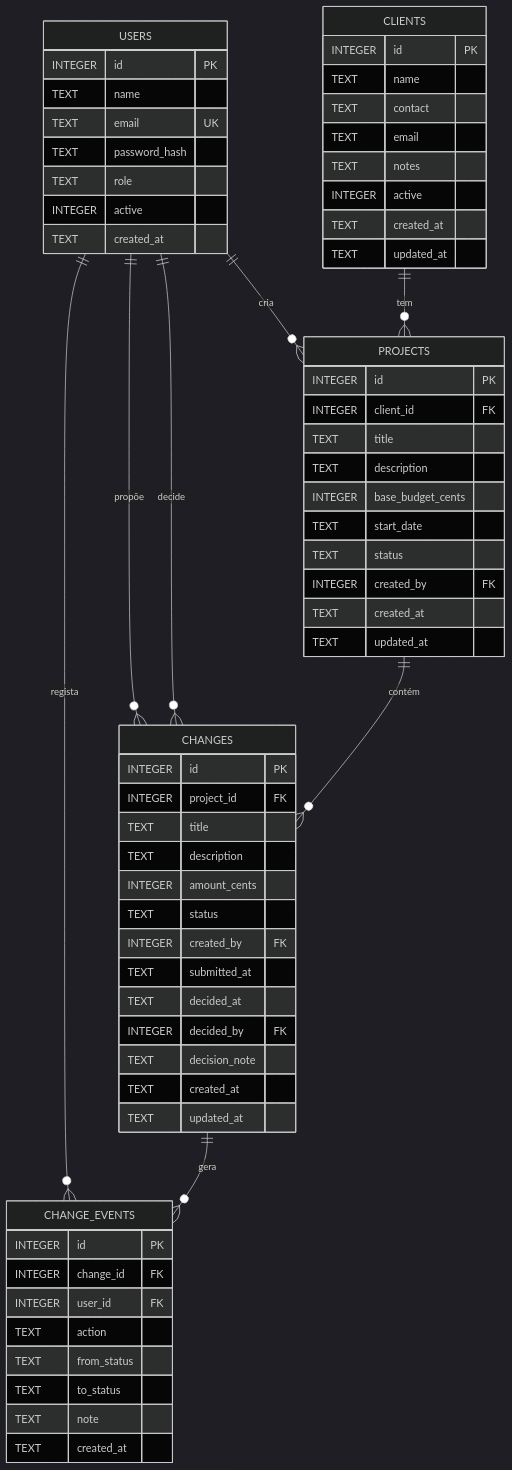
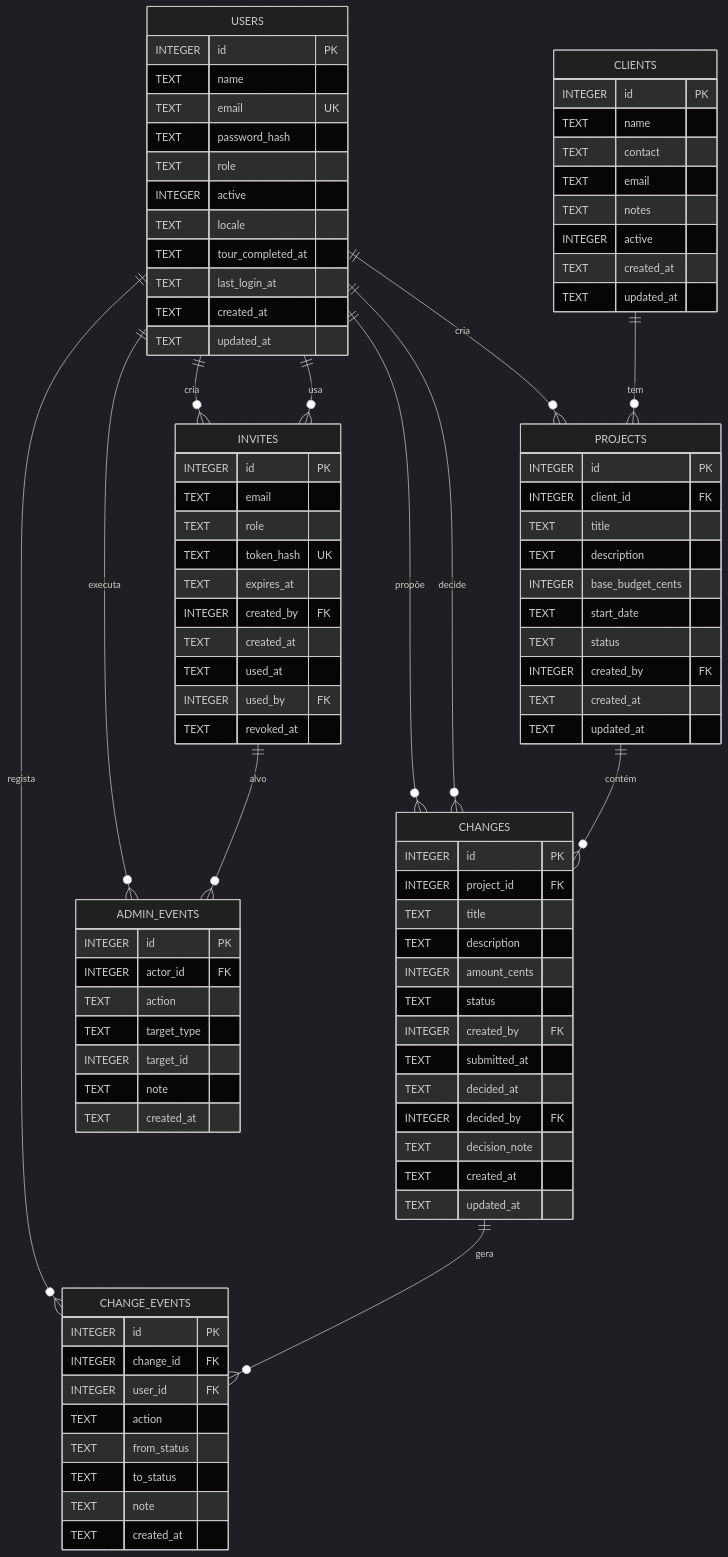
Before and after one commit to Sashix09r/ObraClara: the diagram in docs/10_MODELO_RELACIONAL.md, drawn with Mermaid (dark theme). The commit also changed other lines of this file and 86 other files, not shown here.

````diff
--- a/docs/10_MODELO_RELACIONAL.md
+++ b/docs/10_MODELO_RELACIONAL.md
@@ -12,9 +12,13 @@
     USERS ||--o{ CHANGES : "propõe"
     USERS ||--o{ CHANGES : "decide"
     USERS ||--o{ CHANGE_EVENTS : "regista"
+    USERS ||--o{ INVITES : "cria"
+    USERS ||--o{ ADMIN_EVENTS : "executa"
+    USERS ||--o{ INVITES : "usa"
     CLIENTS ||--o{ PROJECTS : "tem"
     PROJECTS ||--o{ CHANGES : "contém"
     CHANGES ||--o{ CHANGE_EVENTS : "gera"
+    INVITES ||--o{ ADMIN_EVENTS : "alvo"
 
     USERS {
         INTEGER id PK
@@ -23,7 +27,11 @@
         TEXT password_hash
         TEXT role
         INTEGER active
+        TEXT locale
+        TEXT tour_completed_at
+        TEXT last_login_at
         TEXT created_at
+        TEXT updated_at
     }
     CLIENTS {
         INTEGER id PK
@@ -72,4 +80,25 @@
         TEXT note
         TEXT created_at
     }
+    INVITES {
+        INTEGER id PK
+        TEXT email
+        TEXT role
+        TEXT token_hash UK
+        TEXT expires_at
+        INTEGER created_by FK
+        TEXT created_at
+        TEXT used_at
+        INTEGER used_by FK
+        TEXT revoked_at
+    }
+    ADMIN_EVENTS {
+        INTEGER id PK
+        INTEGER actor_id FK
+        TEXT action
+        TEXT target_type
+        INTEGER target_id
+        TEXT note
+        TEXT created_at
+    }
 ```
````
